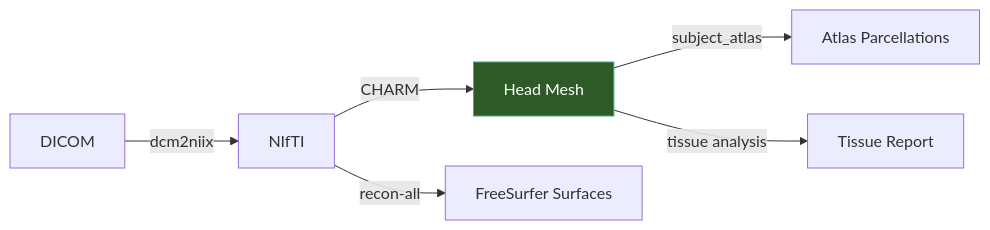
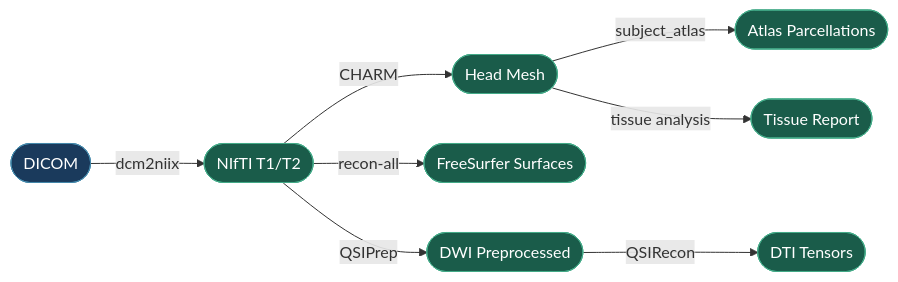
Before and after one commit to idossha/TI-Toolbox: the diagram in docs/api_mkdocs/docs/pipeline/preprocessing.md, drawn with Mermaid. The commit also changed 9 other files, not shown here.

First line of the commit message:
docs: standardize mermaid diagram color scheme, shapes, and I/O logic (#86)

````diff
--- a/docs/api_mkdocs/docs/pipeline/preprocessing.md
+++ b/docs/api_mkdocs/docs/pipeline/preprocessing.md
@@ -5,9 +5,18 @@
 ```mermaid
 graph LR
-    A[DICOM] -->|dcm2niix| B[NIfTI]
-    B -->|CHARM| C[Head Mesh]
-    C -->|subject_atlas| D[Atlas Parcellations]
-    B -->|recon-all| E[FreeSurfer Surfaces]
-    C -->|tissue analysis| F[Tissue Report]
-    style C fill:#2d5a27,stroke:#4a8,color:#fff
+    A([DICOM]) -->|dcm2niix| B([NIfTI T1/T2])
+    B -->|CHARM| C([Head Mesh])
+    C -->|subject_atlas| D([Atlas Parcellations])
+    B -->|recon-all| E([FreeSurfer Surfaces])
+    C -->|tissue analysis| F([Tissue Report])
+    B -->|QSIPrep| G([DWI Preprocessed])
+    G -->|QSIRecon| H([DTI Tensors])
+    style A fill:#1a3a5c,stroke:#48a,color:#fff
+    style B fill:#1a5c4a,stroke:#4a8,color:#fff
+    style C fill:#1a5c4a,stroke:#4a8,color:#fff
+    style D fill:#1a5c4a,stroke:#4a8,color:#fff
+    style E fill:#1a5c4a,stroke:#4a8,color:#fff
+    style F fill:#1a5c4a,stroke:#4a8,color:#fff
+    style G fill:#1a5c4a,stroke:#4a8,color:#fff
+    style H fill:#1a5c4a,stroke:#4a8,color:#fff
 ```
````
